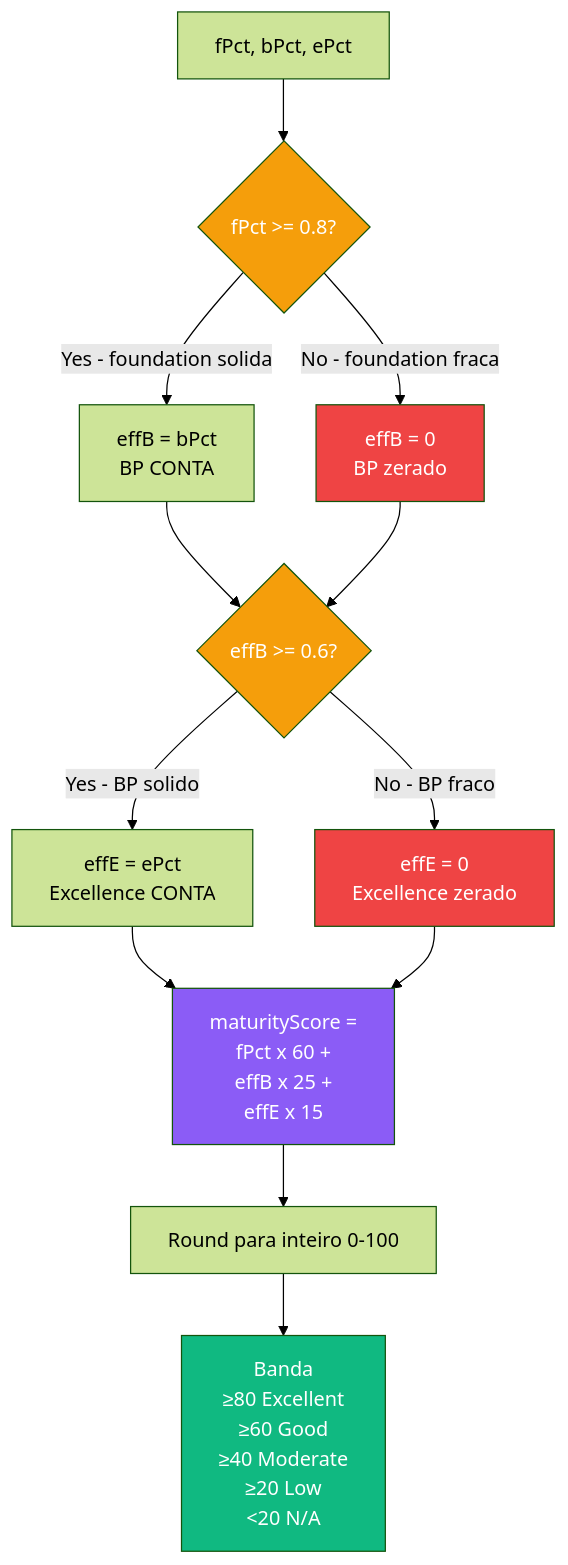
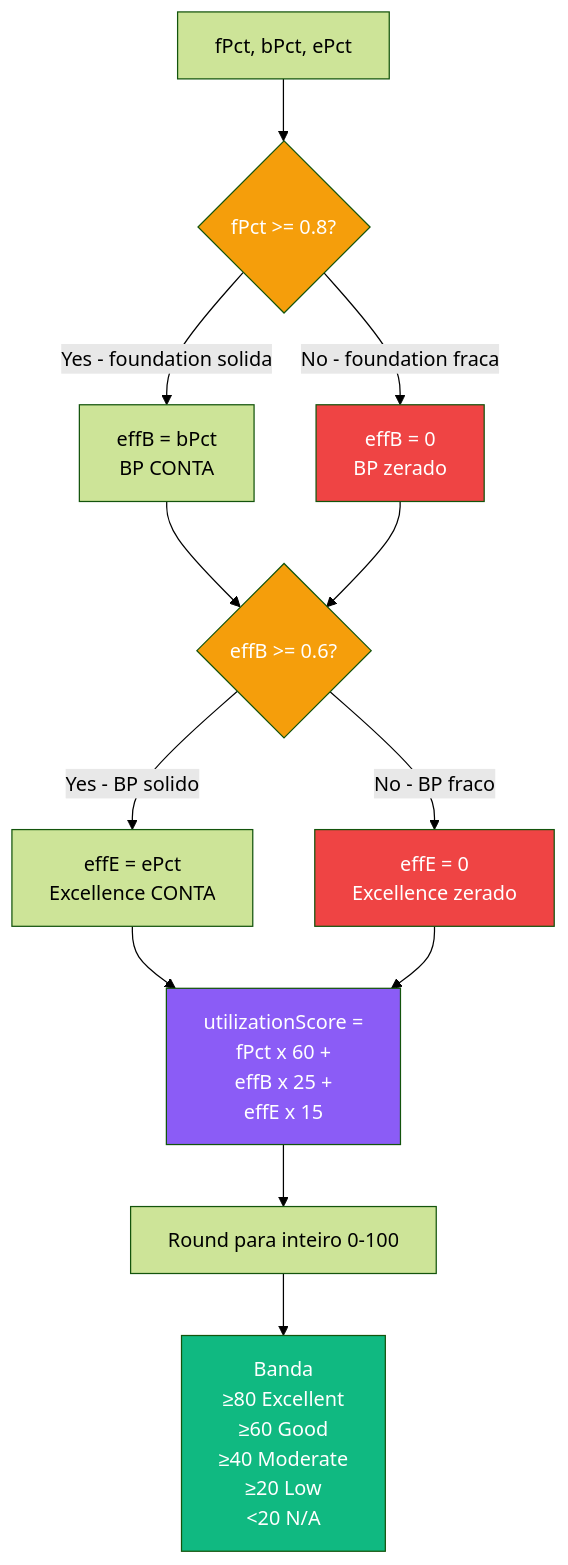
The fifth of 14 diagrams in docs/SCORING-CALCULATIONS.md (mbdccoletta/Pulse-Assessment-App), drawn with Mermaid (forest theme) before and after one commit. The commit also changed other lines of this file and 34 other files, not shown here.

````diff
--- a/docs/SCORING-CALCULATIONS.md
+++ b/docs/SCORING-CALCULATIONS.md
@@ -168,27 +168,27 @@
 ```mermaid
 flowchart TD
     A[fPct, bPct, ePct] --> B{fPct >= 0.8?}
 
     B -->|Yes - foundation solida| C[effB = bPct<br/>BP CONTA]
     B -->|No - foundation fraca| D[effB = 0<br/>BP zerado]
 
     C --> E{effB >= 0.6?}
     D --> E
 
     E -->|Yes - BP solido| F[effE = ePct<br/>Excellence CONTA]
     E -->|No - BP fraco| G[effE = 0<br/>Excellence zerado]
 
-    F --> H[maturityScore =<br/>fPct x 60 +<br/>effB x 25 +<br/>effE x 15]
+    F --> H[utilizationScore =<br/>fPct x 60 +<br/>effB x 25 +<br/>effE x 15]
     G --> H
 
     H --> I[Round para inteiro 0-100]
 
     I --> J[Banda<br/>≥80 Excellent<br/>≥60 Good<br/>≥40 Moderate<br/>≥20 Low<br/>&lt;20 N/A]
 
     style B fill:#F59E0B,color:#fff
     style E fill:#F59E0B,color:#fff
     style D fill:#EF4444,color:#fff
     style G fill:#EF4444,color:#fff
     style H fill:#8B5CF6,color:#fff
     style J fill:#10B981,color:#fff
 ```
````
